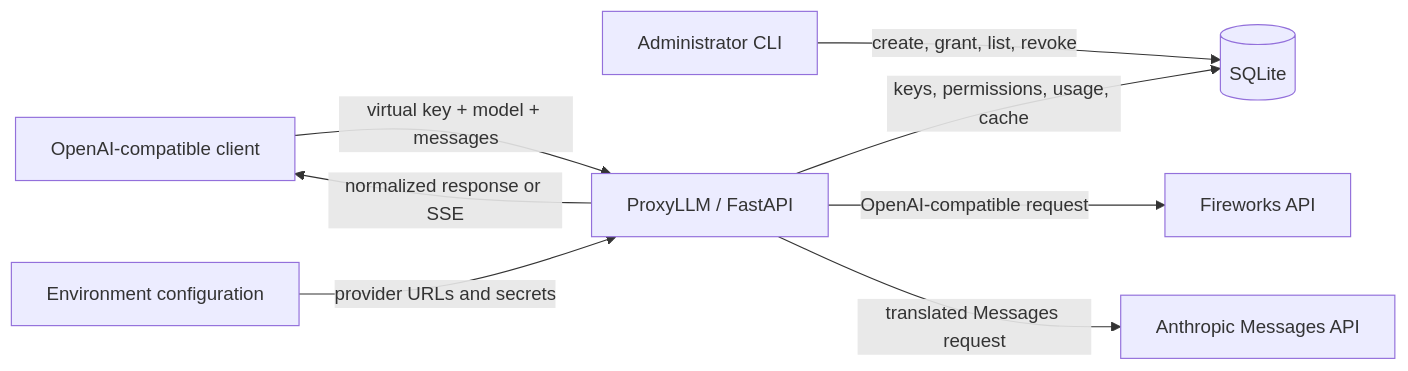
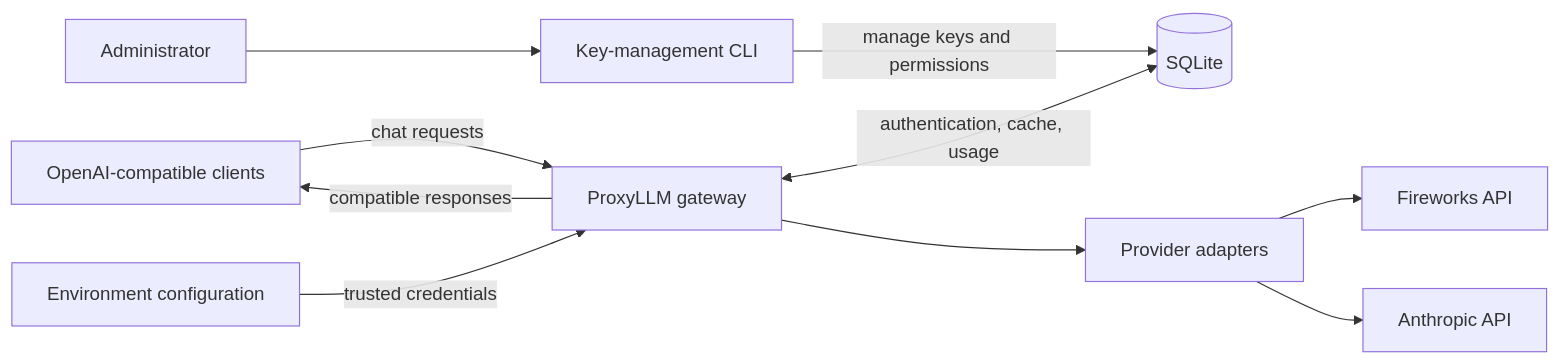
Before and after one commit to Nithish-Yenaganti/proxyllm: the first of 3 diagrams in ARCHITECTURE.md, drawn with Mermaid. The commit also changed other lines of this file, not shown here.

````diff
--- a/ARCHITECTURE.md
+++ b/ARCHITECTURE.md
@@ -38,18 +38,22 @@
 ```mermaid
 flowchart LR
-    Client[OpenAI-compatible client]
-    Admin[Administrator CLI]
-    Gateway[ProxyLLM / FastAPI]
+    Client[OpenAI-compatible clients]
+    Admin[Administrator]
+    CLI[Key-management CLI]
+    Gateway[ProxyLLM gateway]
     DB[(SQLite)]
-    Env[Environment configuration]
+    Config[Environment configuration]
+    Adapters[Provider adapters]
     Fireworks[Fireworks API]
-    Anthropic[Anthropic Messages API]
+    Anthropic[Anthropic API]
 
-    Client -->|virtual key + model + messages| Gateway
-    Gateway -->|normalized response or SSE| Client
-    Admin -->|create, grant, list, revoke| DB
-    Gateway -->|keys, permissions, usage, cache| DB
-    Env -->|provider URLs and secrets| Gateway
-    Gateway -->|OpenAI-compatible request| Fireworks
-    Gateway -->|translated Messages request| Anthropic
+    Client -->|chat requests| Gateway
+    Gateway -->|compatible responses| Client
+    Admin --> CLI
+    CLI -->|manage keys and permissions| DB
+    Gateway <-->|authentication, cache, usage| DB
+    Config -->|trusted credentials| Gateway
+    Gateway --> Adapters
+    Adapters --> Fireworks
+    Adapters --> Anthropic
 ```
````
